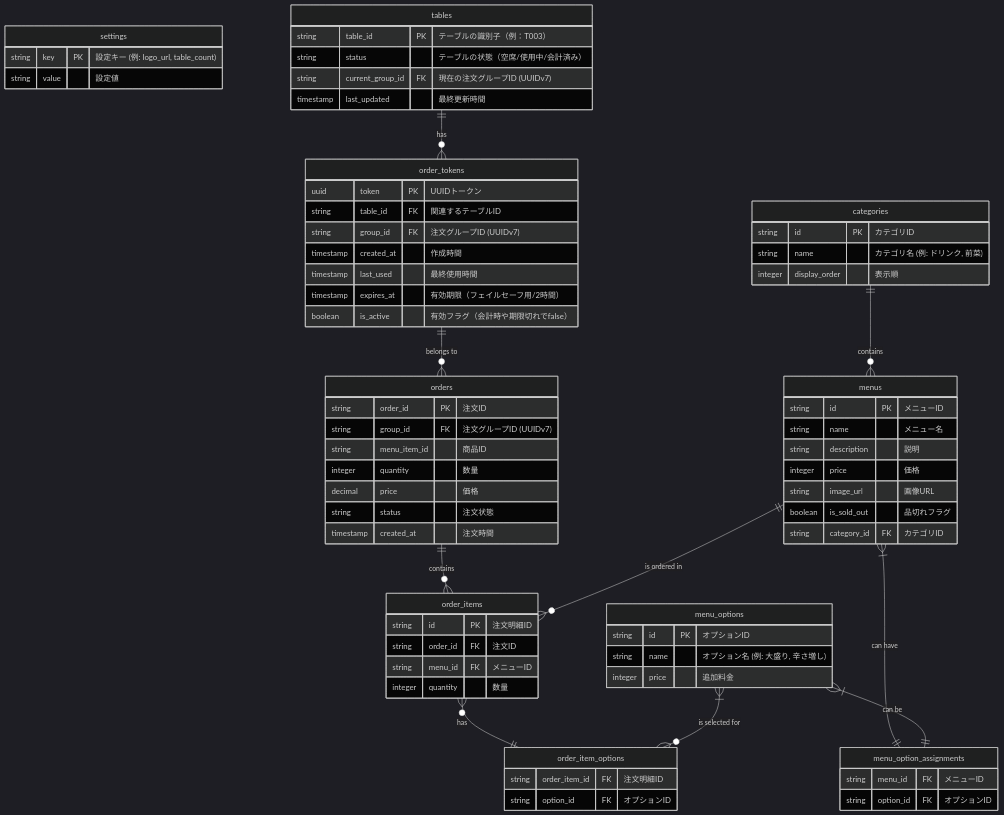
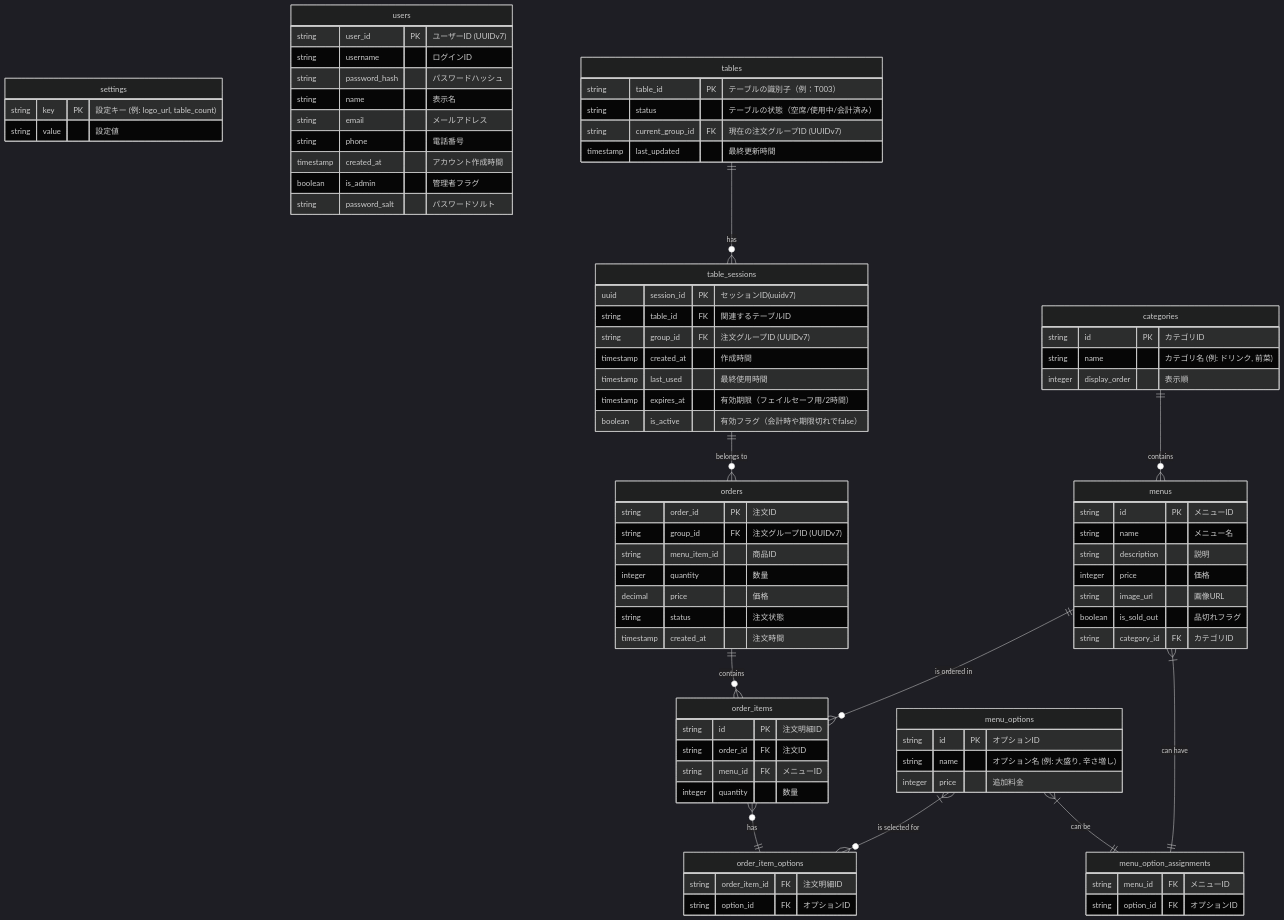
The diagram in .docs/database/predicted_er_diagram.md (inoUwU/pinu), drawn with Mermaid (dark theme) before and after one commit.

Commit message:
fix: format er and add users table

```diff
--- a/.docs/database/predicted_er_diagram.md
+++ b/.docs/database/predicted_er_diagram.md
@@ -6,8 +6,20 @@
         string key PK "設定キー (例: logo_url, table_count)"
         string value "設定値"
     }
+    
+    users {
+        string user_id PK "ユーザーID (UUIDv7)"
+        string username "ログインID"
+        string password_hash "パスワードハッシュ"
+        string name "表示名"
+        string email "メールアドレス"
+        string phone "電話番号"
+        timestamp created_at "アカウント作成時間"
+        boolean is_admin "管理者フラグ"
+        string password_salt "パスワードソルト"
+    }
 
-    tables ||--o{ order_tokens : "has"
+    tables ||--o{ table_sessions : "has"
     tables {
         string table_id PK "テーブルの識別子（例：T003）"
         string status "テーブルの状態（空席/使用中/会計済み）"
@@ -15,15 +27,37 @@
         timestamp last_updated "最終更新時間"
     }
 
-    order_tokens ||--o{ orders : "belongs to"
-    order_tokens {
-        uuid token PK "UUIDトークン"
+    table_sessions ||--o{ orders : "belongs to"
+    table_sessions {
+        uuid session_id PK "セッションID(uuidv7)"
         string table_id FK "関連するテーブルID"
         string group_id FK "注文グループID (UUIDv7)"
         timestamp created_at "作成時間"
         timestamp last_used "最終使用時間"
         timestamp expires_at "有効期限（フェイルセーフ用/2時間）"
         boolean is_active "有効フラグ（会計時や期限切れでfalse）"
+    }
+    
+    orders {
+        string order_id PK "注文ID"
+        string group_id FK "注文グループID (UUIDv7)"
+        string menu_item_id "商品ID"
+        integer quantity "数量"
+        decimal price "価格"
+        string status "注文状態"
+        timestamp created_at "注文時間"
+    }
+
+    order_items {
+        string id PK "注文明細ID"
+        string order_id FK "注文ID"
+        string menu_id FK "メニューID"
+        integer quantity "数量"
+    }
+
+    order_item_options {
+        string order_item_id FK "注文明細ID"
+        string option_id FK "オプションID"
     }
 
     categories {
@@ -53,27 +87,6 @@
         string option_id FK "オプションID"
     }
 
-    orders {
-        string order_id PK "注文ID"
-        string group_id FK "注文グループID (UUIDv7)"
-        string menu_item_id "商品ID"
-        integer quantity "数量"
-        decimal price "価格"
-        string status "注文状態"
-        timestamp created_at "注文時間"
-    }
-
-    order_items {
-        string id PK "注文明細ID"
-        string order_id FK "注文ID"
-        string menu_id FK "メニューID"
-        integer quantity "数量"
-    }
-
-    order_item_options {
-        string order_item_id FK "注文明細ID"
-        string option_id FK "オプションID"
-    }
 
     categories  ||--o{ menus : "contains"
     menus       }|--|| menu_option_assignments : "can have"
```
